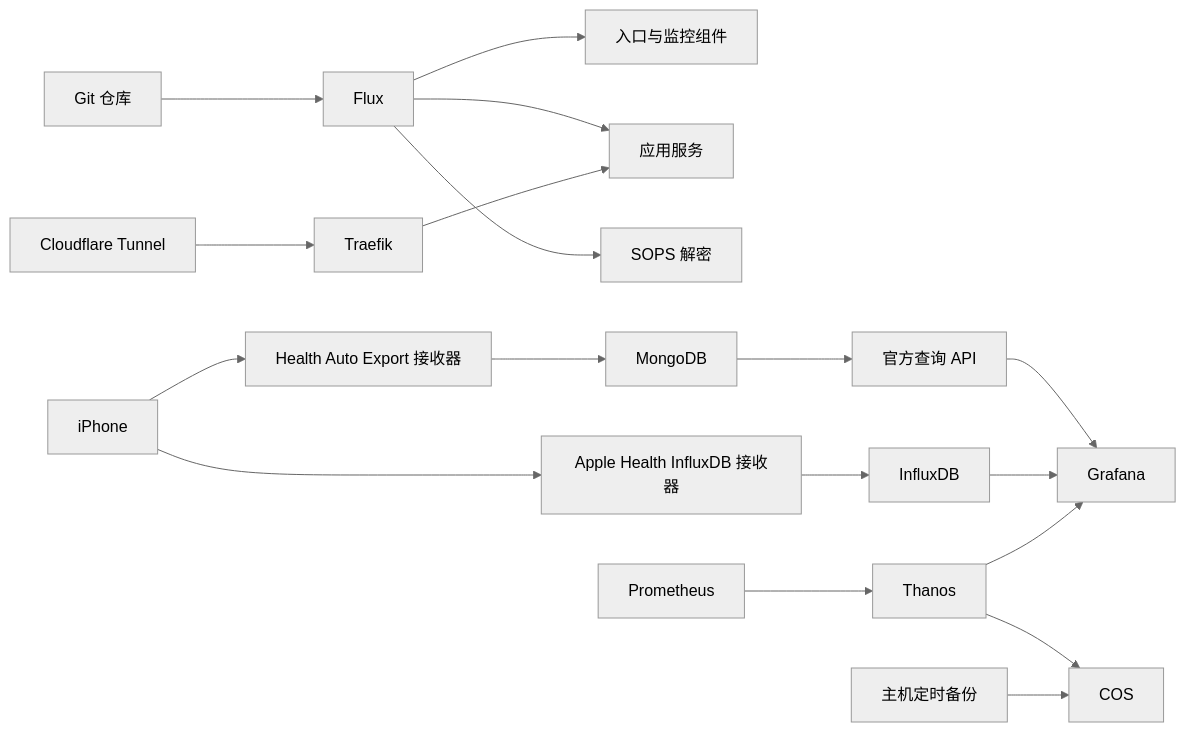
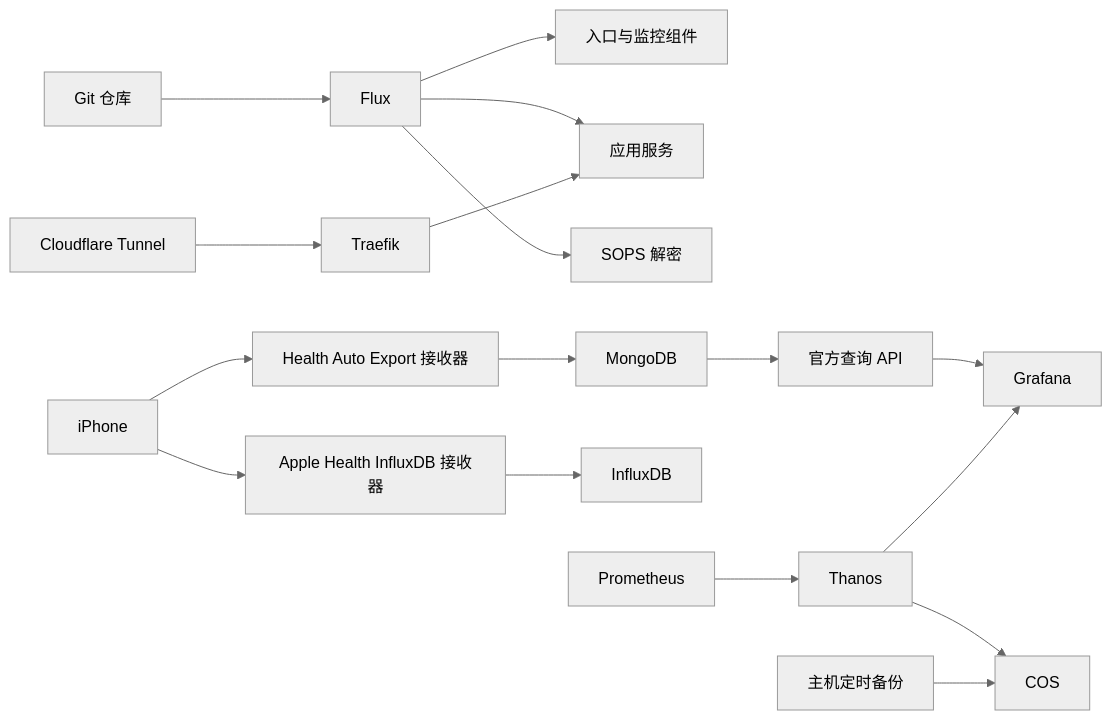
One commit to fullstackjam/cloudlab changed the diagram in README.md. Above: the diagram before and after it, drawn with Mermaid (neutral theme). The commit also changed other lines of this file and 8 other files, not shown here.

````diff
--- a/README.md
+++ b/README.md
@@ -7,20 +7,19 @@
 ```mermaid
 flowchart LR
     Git[Git 仓库] --> Flux
     Flux --> Platform[入口与监控组件]
     Flux --> Apps[应用服务]
     Flux --> Secrets[SOPS 解密]
     Tunnel[Cloudflare Tunnel] --> Traefik
     Traefik --> Apps
     iPhone --> Ingest[Health Auto Export 接收器]
     Ingest --> MongoDB
     iPhone --> IngestInflux[Apple Health InfluxDB 接收器]
     IngestInflux --> InfluxDB
     MongoDB --> API[官方查询 API]
     API --> Grafana
-    InfluxDB --> Grafana
     Prometheus --> Thanos
     Thanos --> COS
     Thanos --> Grafana
     Backup[主机定时备份] --> COS
 ```
````
